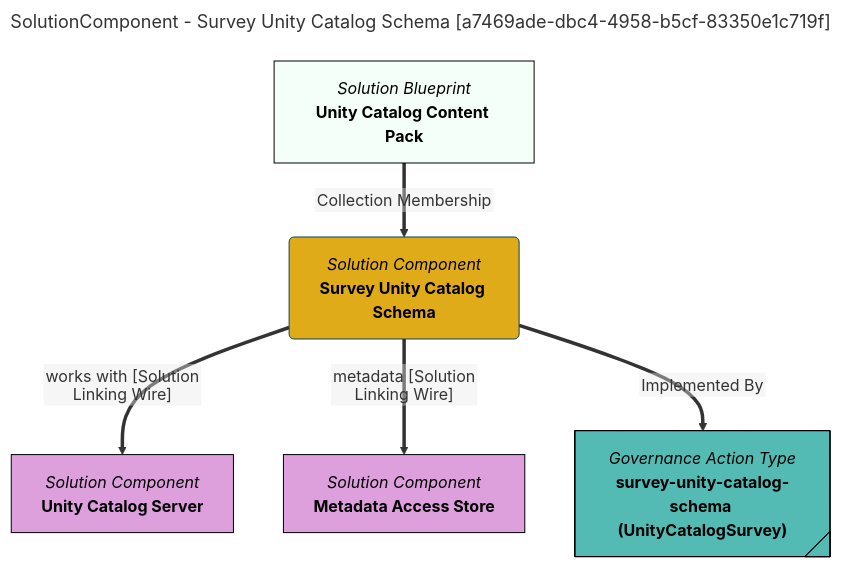
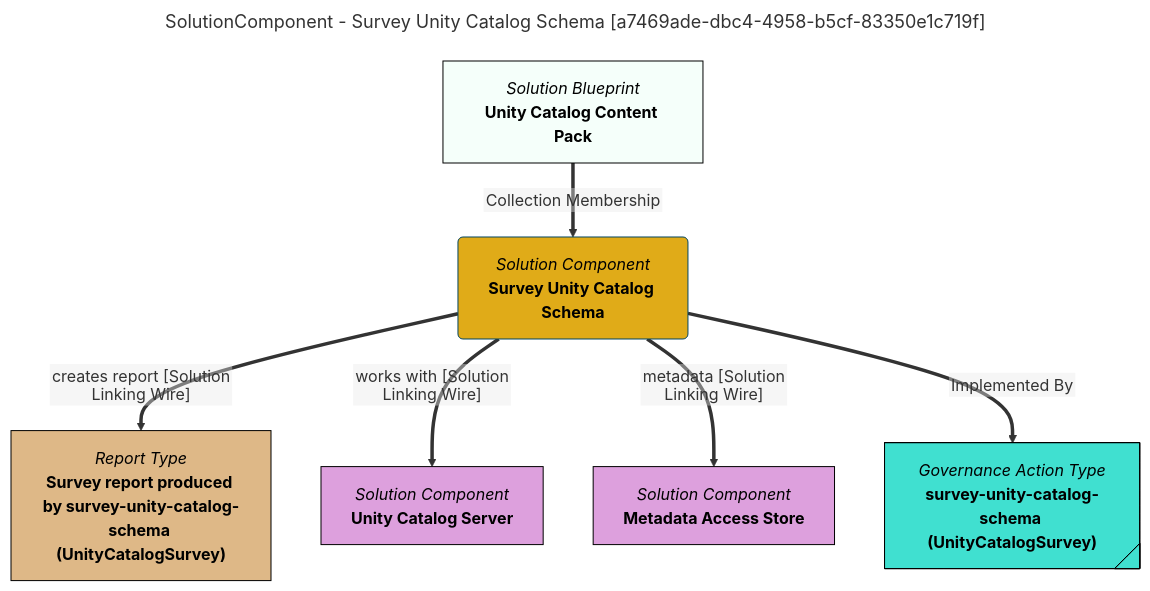
Before and after one commit to odpi/egeria-docs: the diagram in site/snippets/blueprints/components/survey-unity-catalog-schema-mermaid-graph.md, drawn with Mermaid. The commit also changed 2201 other files, not shown here.

````diff
--- a/site/snippets/blueprints/components/survey-unity-catalog-schema-mermaid-graph.md
+++ b/site/snippets/blueprints/components/survey-unity-catalog-schema-mermaid-graph.md
@@ -1,30 +1,34 @@
 ```mermaid
 ---
 title: SolutionComponent - Survey Unity Catalog Schema [a7469ade-dbc4-4958-b5cf-83350e1c719f]
 ---
 flowchart TD
 %%{init: {"flowchart": {"htmlLabels": false}} }%%
 
 1@{ shape: rounded, label: "*Solution Component*
 **Survey Unity Catalog Schema**"}
 2@{ shape: rect, label: "*Solution Blueprint*
 **Unity Catalog Content Pack**"}
 2==>|"Collection Membership"|1
-3@{ shape: rect, label: "*Solution Component*
+3@{ shape: rect, label: "*Report Type*
+**Survey report produced by survey-unity-catalog-schema (UnityCatalogSurvey)**"}
+1==>|"creates report [Solution Linking Wire]"|3
+4@{ shape: rect, label: "*Solution Component*
 **Unity Catalog Server**"}
-1==>|"works with [Solution Linking Wire]"|3
-4@{ shape: rect, label: "*Solution Component*
+1==>|"works with [Solution Linking Wire]"|4
+5@{ shape: rect, label: "*Solution Component*
 **Metadata Access Store**"}
-1==>|"metadata [Solution Linking Wire]"|4
-5@{ shape: tag-rect, label: "*Governance Action Type*
+1==>|"metadata [Solution Linking Wire]"|5
+6@{ shape: tag-rect, label: "*Governance Action Type*
 **survey-unity-catalog-schema (UnityCatalogSurvey)**"}
-1==>|"Implemented By"|5
+1==>|"Implemented By"|6
 style 1 color:#000000, fill:#e0ab18, stroke:#004563
 style 2 color:#000000, fill:#f5fffa, stroke:#000000
-style 3 color:#000000, fill:#dda0dd, stroke:#000000
-style 4 color:#000000, fill:#dda0dd, stroke:#000000
-style 5 color:#000000, fill:#53bbb4, stroke:#000000
+style 3 color:#000000, fill:#DEB887, stroke:#000000
+style 4 color:#000000, fill:#DDA0DD, stroke:#000000
+style 5 color:#000000, fill:#DDA0DD, stroke:#000000
+style 6 color:#000000, fill:#40E0D0, stroke:#000000
 click 1 "https://egeria-project.org/concepts/governance-action-type/" "Click for more documentation" _blank
-click 3 "https://github.com/unitycatalog/unitycatalog" "Click for more documentation" _blank
-click 4 "https://egeria-project.org/concepts/metadata-access-store/" "Click for more documentation" _blank
+click 4 "https://github.com/unitycatalog/unitycatalog" "Click for more documentation" _blank
+click 5 "https://egeria-project.org/concepts/metadata-access-store/" "Click for more documentation" _blank
 ```
````
